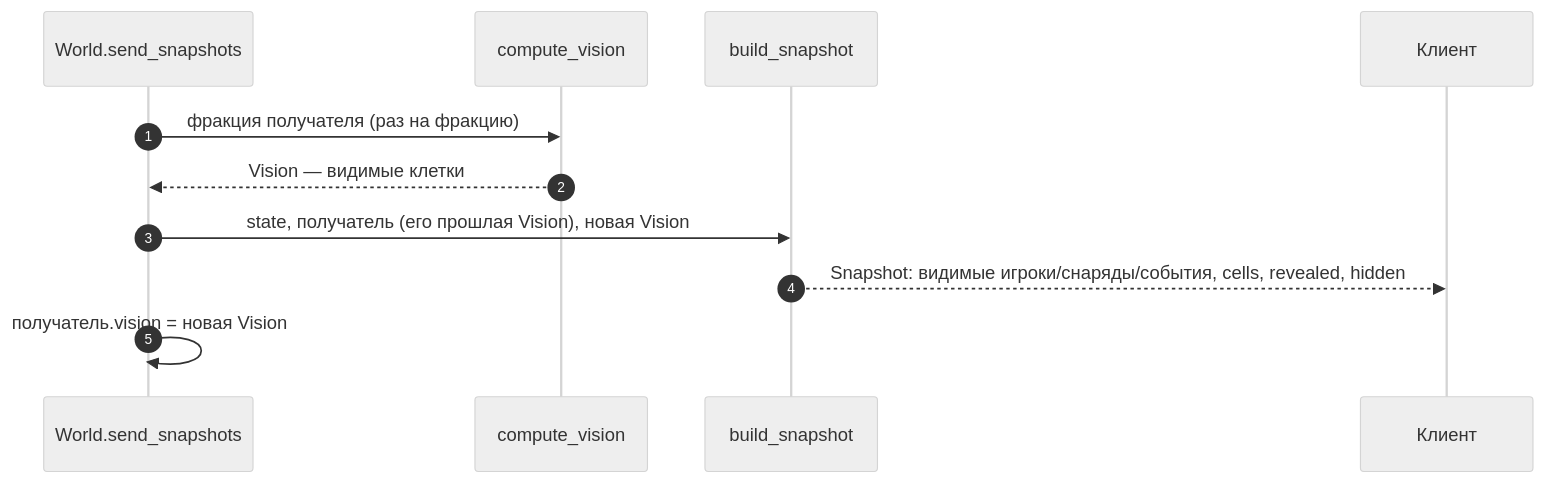
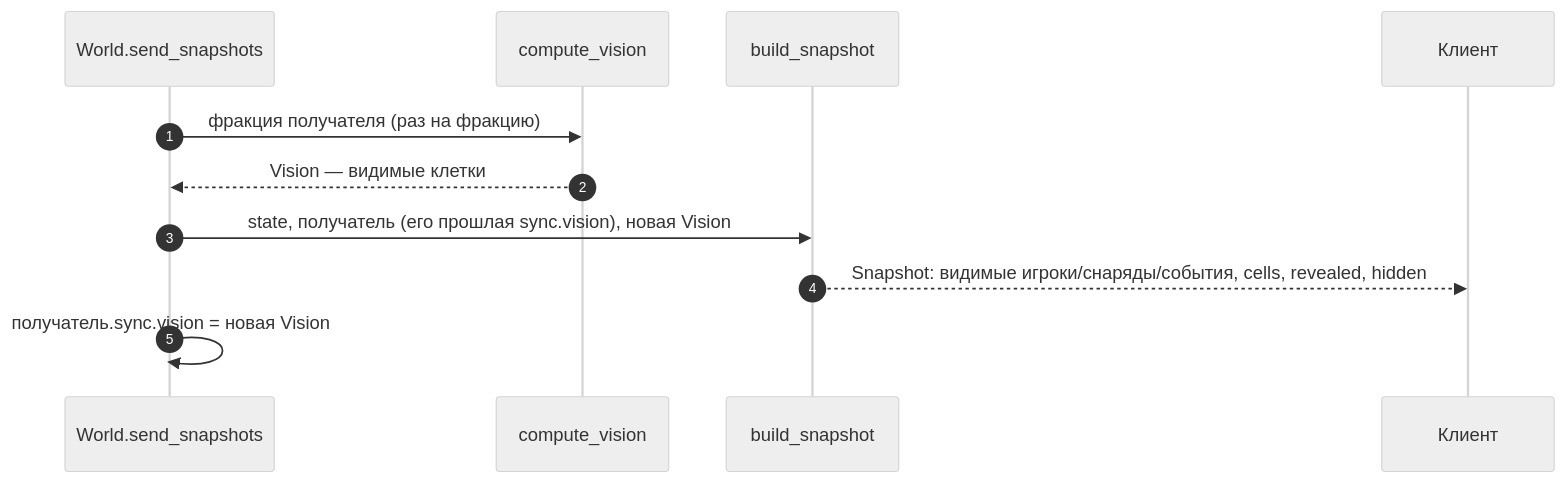
Before and after one commit to litcxx/Game: the seventh of 8 diagrams in server/docs/sequence-diagram.md, drawn with Mermaid (neutral theme). The commit also changed other lines of this file and 4 other files, not shown here.

First line of the commit message:
docs: delivery checks and resync in READMEs and diagrams (LTC-13)

````diff
--- a/server/docs/sequence-diagram.md
+++ b/server/docs/sequence-diagram.md
@@ -221,14 +221,14 @@
 ```mermaid
 sequenceDiagram
     autonumber
     participant world as World.send_snapshots
     participant vis as compute_vision
     participant snap as build_snapshot
     participant C as Клиент
 
     world->>vis: фракция получателя (раз на фракцию)
     vis-->>world: Vision — видимые клетки
-    world->>snap: state, получатель (его прошлая Vision), новая Vision
+    world->>snap: state, получатель (его прошлая sync.vision), новая Vision
     snap-->>C: Snapshot: видимые игроки/снаряды/события, cells, revealed, hidden
-    world->>world: получатель.vision = новая Vision
+    world->>world: получатель.sync.vision = новая Vision
 ```
````
